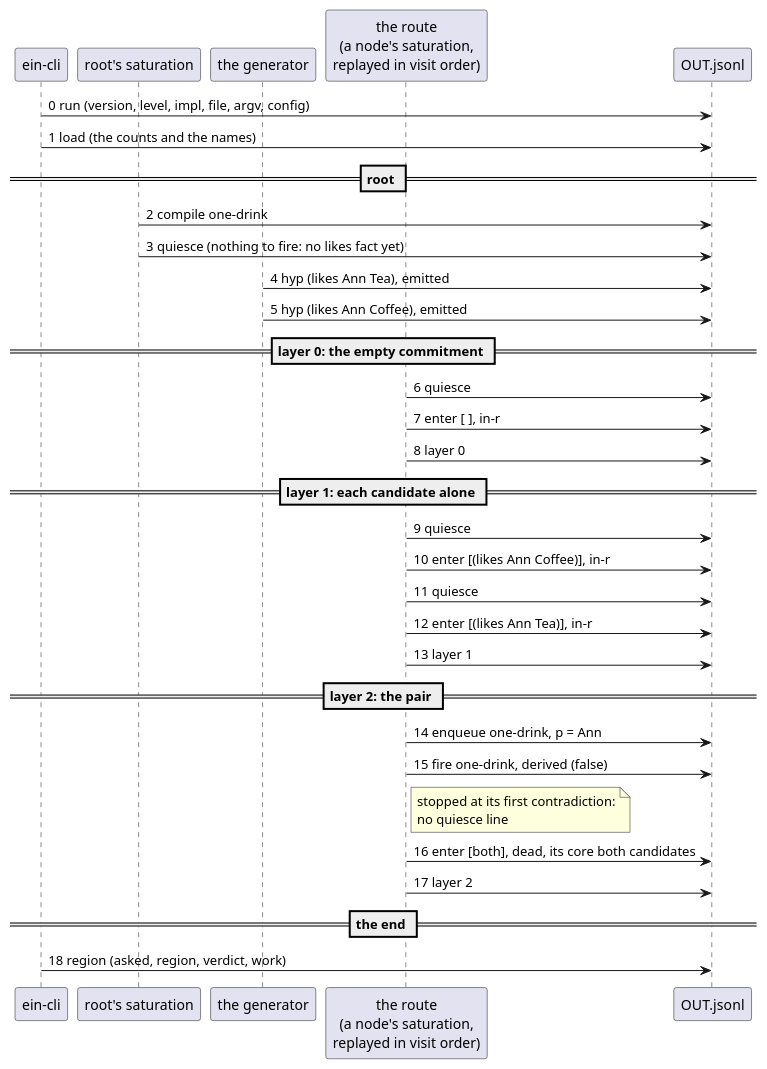
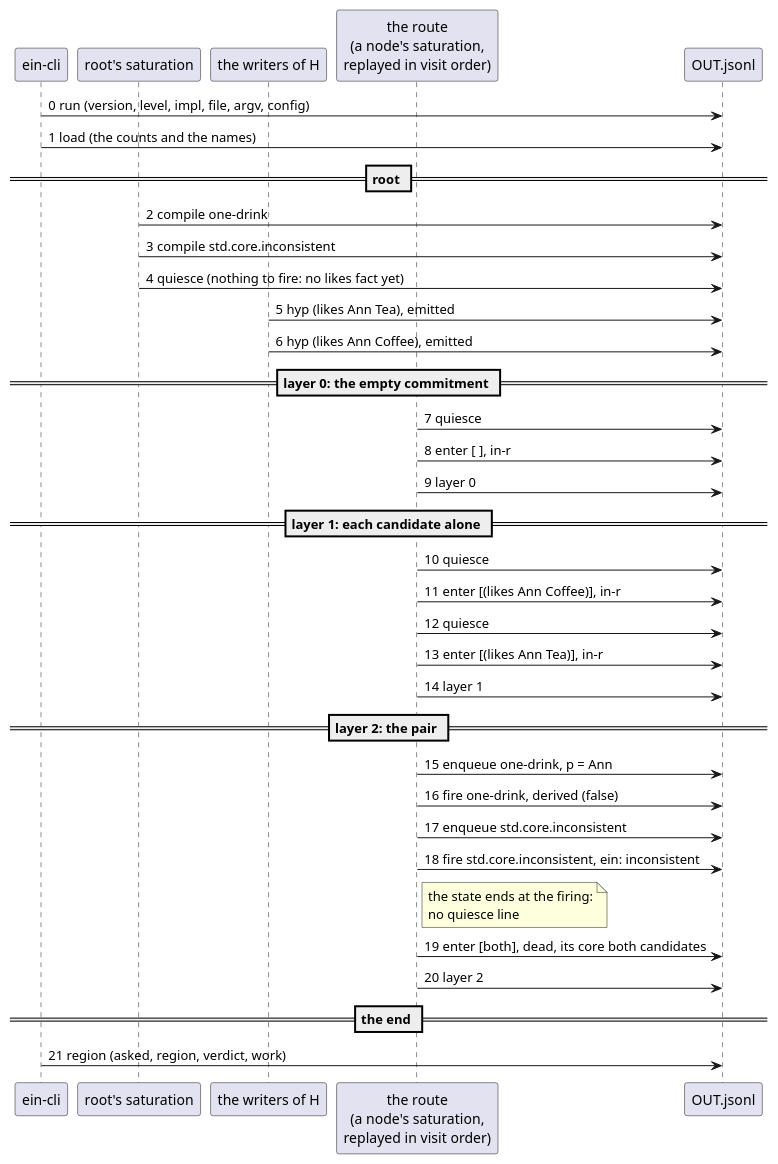
The diagram in docs/ein/ein.rs/diagrams/05-one-run-line-by-line.puml (agutikov/ein), drawn with PlantUML before and after one commit. The commit also changed 7 other files, not shown here.

```diff
--- a/docs/ein/ein.rs/diagrams/05-one-run-line-by-line.puml
+++ b/docs/ein/ein.rs/diagrams/05-one-run-line-by-line.puml
@@ -1,36 +1,39 @@
 @startuml
 participant "ein-cli" as cli
 participant "root's saturation" as sat
-participant "the generator" as gen
+participant "the writers of H" as gen
 participant "the route\n(a node's saturation,\nreplayed in visit order)" as route
 participant "OUT.jsonl" as out
 
 cli -> out : 0 run (version, level, impl, file, argv, config)
 cli -> out : 1 load (the counts and the names)
 == root ==
 sat -> out : 2 compile one-drink
-sat -> out : 3 quiesce (nothing to fire: no likes fact yet)
-gen -> out : 4 hyp (likes Ann Tea), emitted
-gen -> out : 5 hyp (likes Ann Coffee), emitted
+sat -> out : 3 compile std.core.inconsistent
+sat -> out : 4 quiesce (nothing to fire: no likes fact yet)
+gen -> out : 5 hyp (likes Ann Tea), emitted
+gen -> out : 6 hyp (likes Ann Coffee), emitted
 == layer 0: the empty commitment ==
-route -> out : 6 quiesce
-route -> out : 7 enter [ ], in-r
-route -> out : 8 layer 0
+route -> out : 7 quiesce
+route -> out : 8 enter [ ], in-r
+route -> out : 9 layer 0
 == layer 1: each candidate alone ==
-route -> out : 9 quiesce
-route -> out : 10 enter [(likes Ann Coffee)], in-r
-route -> out : 11 quiesce
-route -> out : 12 enter [(likes Ann Tea)], in-r
-route -> out : 13 layer 1
+route -> out : 10 quiesce
+route -> out : 11 enter [(likes Ann Coffee)], in-r
+route -> out : 12 quiesce
+route -> out : 13 enter [(likes Ann Tea)], in-r
+route -> out : 14 layer 1
 == layer 2: the pair ==
-route -> out : 14 enqueue one-drink, p = Ann
-route -> out : 15 fire one-drink, derived (false)
+route -> out : 15 enqueue one-drink, p = Ann
+route -> out : 16 fire one-drink, derived (false)
+route -> out : 17 enqueue std.core.inconsistent
+route -> out : 18 fire std.core.inconsistent, ein: inconsistent
 note right of route
-  stopped at its first contradiction:
+  the state ends at the firing:
   no quiesce line
 end note
-route -> out : 16 enter [both], dead, its core both candidates
-route -> out : 17 layer 2
+route -> out : 19 enter [both], dead, its core both candidates
+route -> out : 20 layer 2
 == the end ==
-cli -> out : 18 region (asked, region, verdict, work)
+cli -> out : 21 region (asked, region, verdict, work)
 @enduml
```
